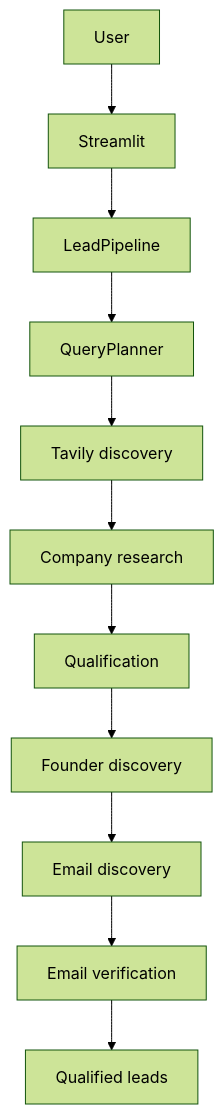
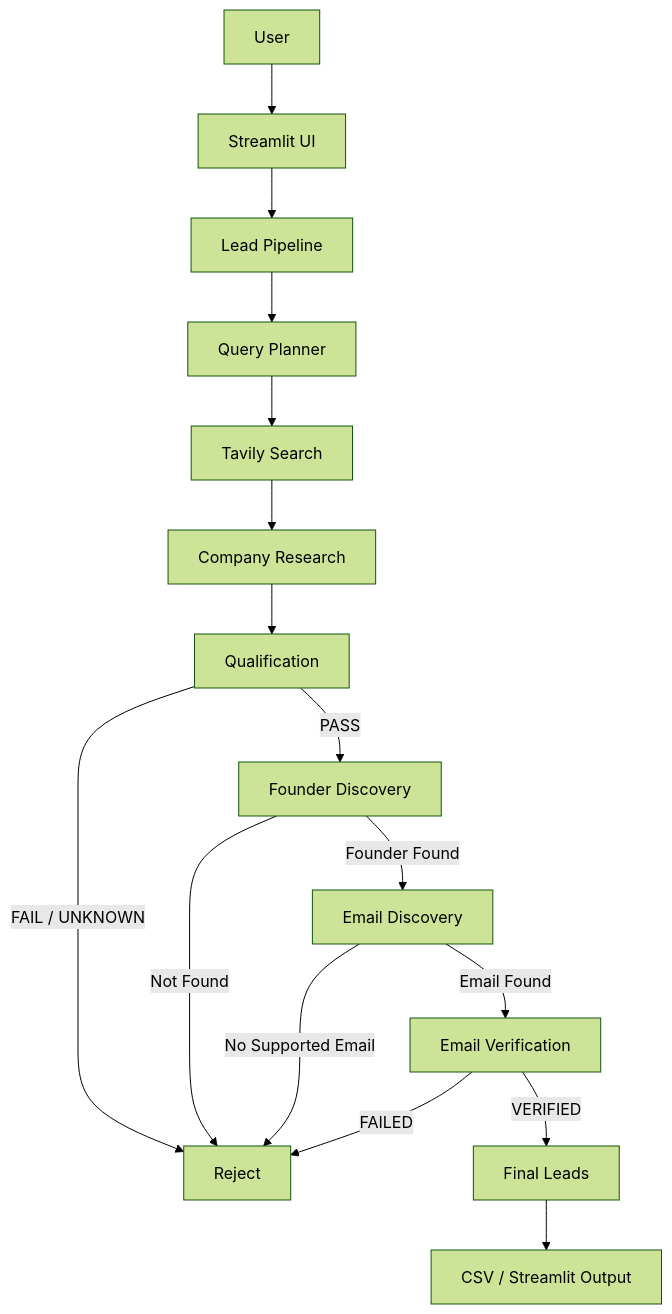
Before and after one commit to charanreddy0006/tvb-agentic-lead-discovery: the diagram in README.md, drawn with Mermaid (forest theme). The commit also changed other lines of this file and 10 other files, not shown here.

Commit message:
feat: improve agentic lead discovery and validation pipeline

````diff
--- a/README.md
+++ b/README.md
@@ -21,13 +212,18 @@
 ```mermaid
 flowchart TD
-    User --> Streamlit
-    Streamlit --> LeadPipeline
-    LeadPipeline --> QueryPlanner
-    QueryPlanner --> Tavily[Tavily discovery]
-    Tavily --> CompanyResearch[Company research]
-    CompanyResearch --> Qualification
-    Qualification --> Founder[Founder discovery]
-    Founder --> Email[Email discovery]
-    Email --> Verification[Email verification]
-    Verification --> Leads[Qualified leads]
+    A[User] --> B[Streamlit UI]
+    B --> C[Lead Pipeline]
+    C --> D[Query Planner]
+    D --> E[Tavily Search]
+    E --> F[Company Research]
+    F --> G[Qualification]
+    G -->|PASS| H[Founder Discovery]
+    G -->|FAIL / UNKNOWN| X[Reject]
+    H -->|Founder Found| I[Email Discovery]
+    H -->|Not Found| X
+    I -->|Email Found| J[Email Verification]
+    I -->|No Supported Email| X
+    J -->|VERIFIED| K[Final Leads]
+    J -->|FAILED| X
+    K --> L[CSV / Streamlit Output]
 ```
````
